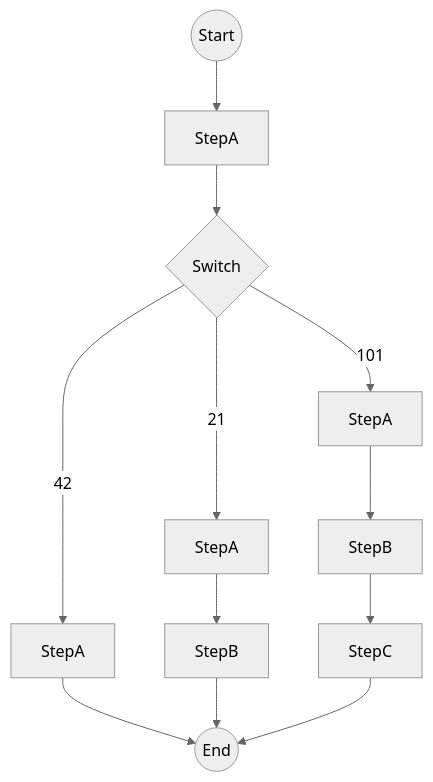
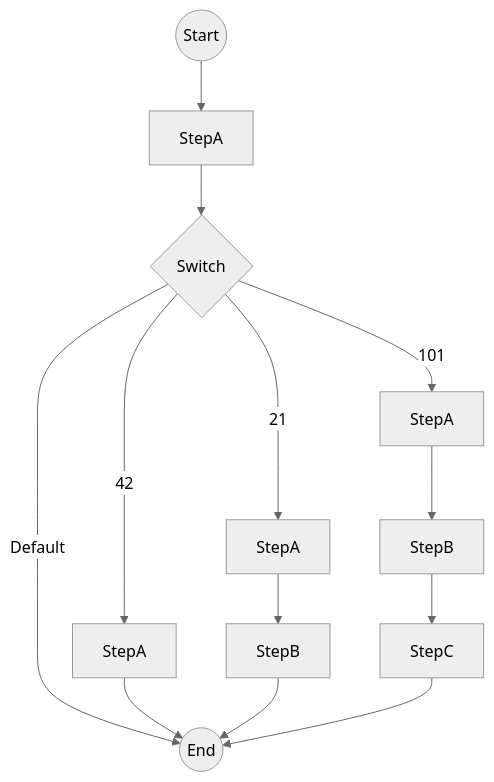
One commit to step-flow-platform/workflow-core-flowchart changed the diagram in src/WorkflowCoreFlowchart.Tests/flowchart.md. Above: the diagram before and after it, drawn with Mermaid (neutral theme). The commit also changed 4 other files, not shown here.

````diff
--- a/src/WorkflowCoreFlowchart.Tests/flowchart.md
+++ b/src/WorkflowCoreFlowchart.Tests/flowchart.md
@@ -1,26 +1,26 @@
 ```mermaid
 flowchart TB
 startNode((Start))
 0[StepA]
 1{Switch}
 3[StepA]
 5[StepA]
 6[StepB]
 8[StepA]
 9[StepB]
 10[StepC]
 11((End))
 
 startNode --> 0
 0 --> 1
+1 -->|Default| 11
 1 -->|42| 3
 1 -->|21| 5
 1 -->|101| 8
 3 --> 11
 5 --> 6
 6 --> 11
 8 --> 9
 9 --> 10
 10 --> 11
-
 ```
````
